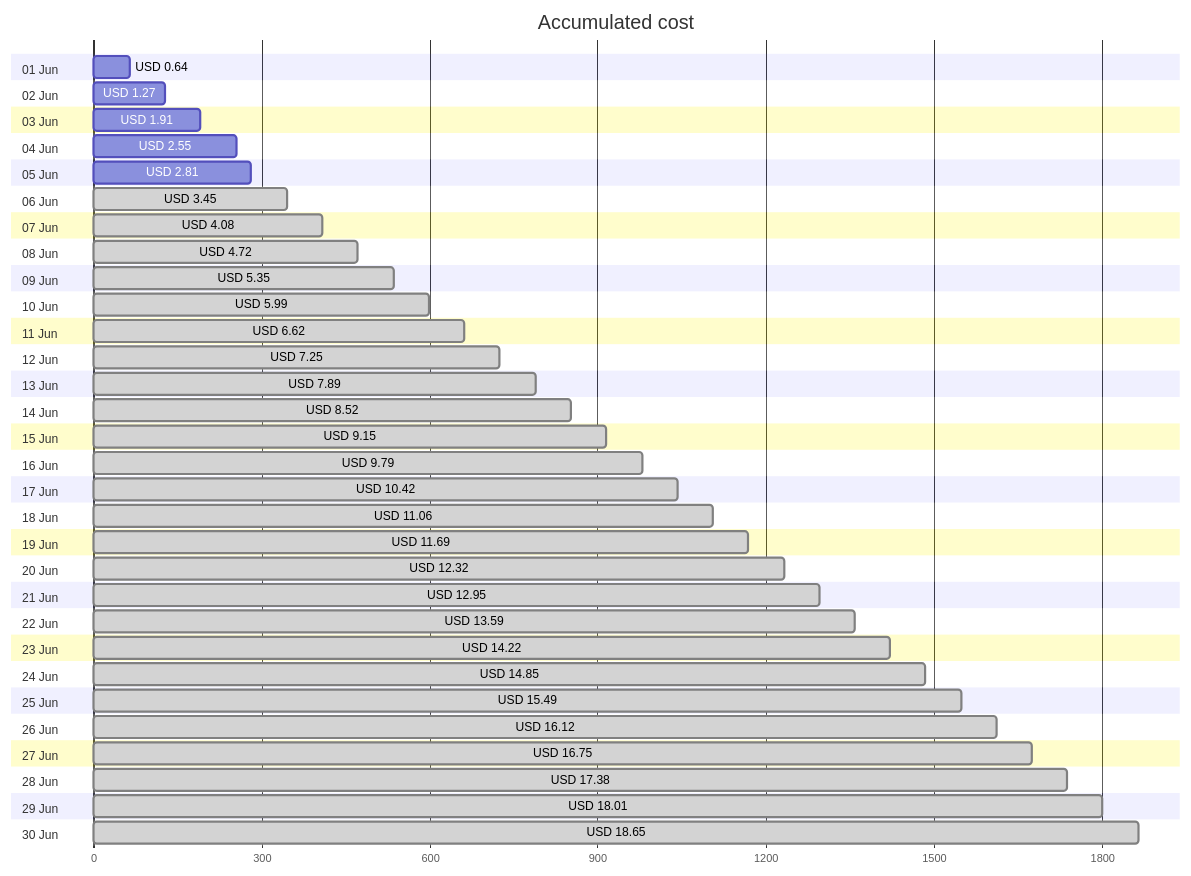
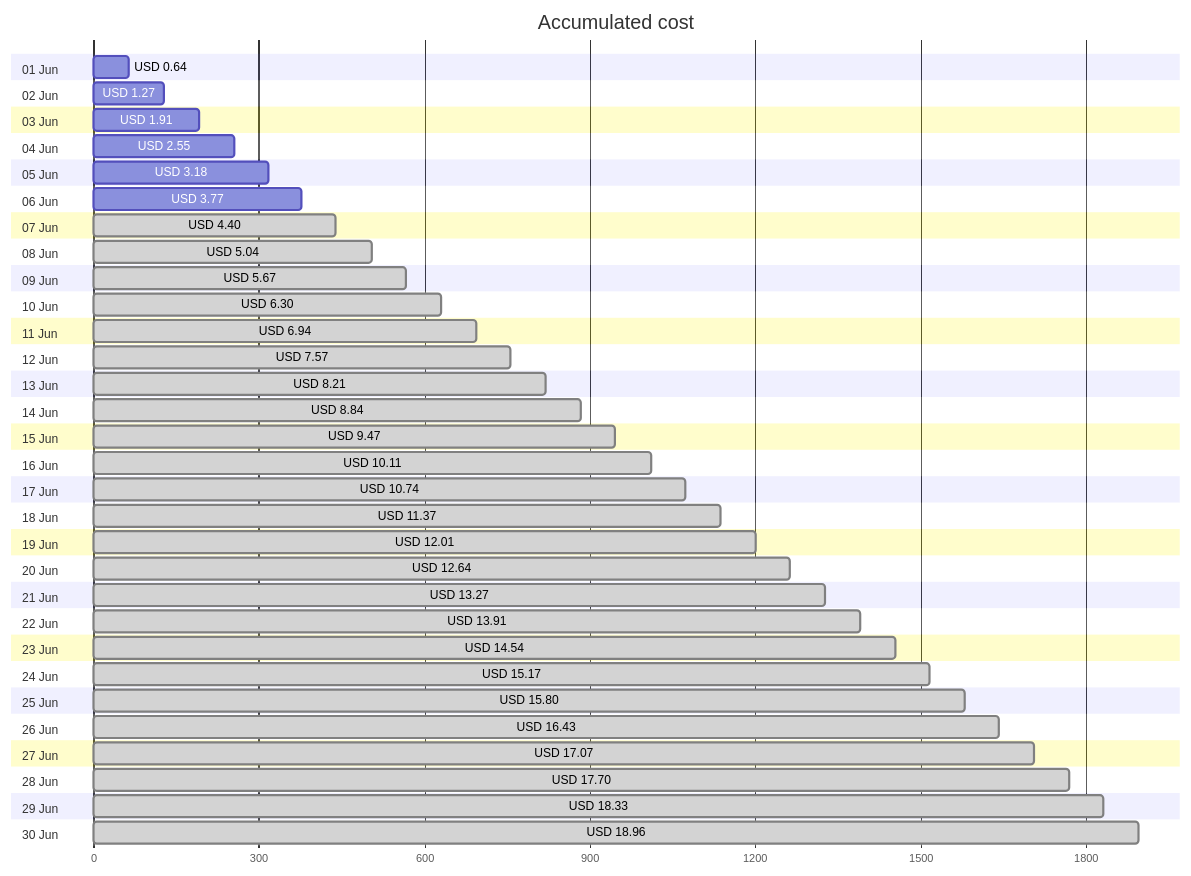
The first of 4 diagrams in cost-reports/accumulated-cost.md (jpfulton/azure-personal-reports), drawn with Mermaid before and after one commit. The commit also changed other lines of this file and 4 other files, not shown here.

````diff
--- a/cost-reports/accumulated-cost.md
+++ b/cost-reports/accumulated-cost.md
@@ -20,66 +20,66 @@
 ```mermaid
 gantt
    title Accumulated cost
    dateFormat  X
    axisFormat %s
    section 01 Jun
    USD 0.64 :0, 64
    section 02 Jun
    USD 1.27 :0, 127
    section 03 Jun
    USD 1.91 :0, 191
    section 04 Jun
    USD 2.55 :0, 255
    section 05 Jun
-   USD 2.81 :0, 281
+   USD 3.18 :0, 318
    section 06 Jun
-   USD 3.45 : done, 0, 345
+   USD 3.77 :0, 377
    section 07 Jun
-   USD 4.08 : done, 0, 408
+   USD 4.40 : done, 0, 440
    section 08 Jun
-   USD 4.72 : done, 0, 472
+   USD 5.04 : done, 0, 504
    section 09 Jun
-   USD 5.35 : done, 0, 535
+   USD 5.67 : done, 0, 567
    section 10 Jun
-   USD 5.99 : done, 0, 599
+   USD 6.30 : done, 0, 630
    section 11 Jun
-   USD 6.62 : done, 0, 662
+   USD 6.94 : done, 0, 694
    section 12 Jun
-   USD 7.25 : done, 0, 725
+   USD 7.57 : done, 0, 757
    section 13 Jun
-   USD 7.89 : done, 0, 789
+   USD 8.21 : done, 0, 821
    section 14 Jun
-   USD 8.52 : done, 0, 852
+   USD 8.84 : done, 0, 884
    section 15 Jun
-   USD 9.15 : done, 0, 915
+   USD 9.47 : done, 0, 947
    section 16 Jun
-   USD 9.79 : done, 0, 979
+   USD 10.11 : done, 0, 1011
    section 17 Jun
-   USD 10.42 : done, 0, 1042
+   USD 10.74 : done, 0, 1074
    section 18 Jun
-   USD 11.06 : done, 0, 1106
+   USD 11.37 : done, 0, 1137
    section 19 Jun
-   USD 11.69 : done, 0, 1169
+   USD 12.01 : done, 0, 1201
    section 20 Jun
-   USD 12.32 : done, 0, 1232
+   USD 12.64 : done, 0, 1264
    section 21 Jun
-   USD 12.95 : done, 0, 1295
+   USD 13.27 : done, 0, 1327
    section 22 Jun
-   USD 13.59 : done, 0, 1359
+   USD 13.91 : done, 0, 1391
    section 23 Jun
-   USD 14.22 : done, 0, 1422
+   USD 14.54 : done, 0, 1454
    section 24 Jun
-   USD 14.85 : done, 0, 1485
+   USD 15.17 : done, 0, 1517
    section 25 Jun
-   USD 15.49 : done, 0, 1549
+   USD 15.80 : done, 0, 1580
    section 26 Jun
-   USD 16.12 : done, 0, 1612
+   USD 16.43 : done, 0, 1643
    section 27 Jun
-   USD 16.75 : done, 0, 1675
+   USD 17.07 : done, 0, 1707
    section 28 Jun
-   USD 17.38 : done, 0, 1738
+   USD 17.70 : done, 0, 1770
    section 29 Jun
-   USD 18.01 : done, 0, 1801
+   USD 18.33 : done, 0, 1833
    section 30 Jun
-   USD 18.65 : done, 0, 1865
+   USD 18.96 : done, 0, 1896
 ```
````
